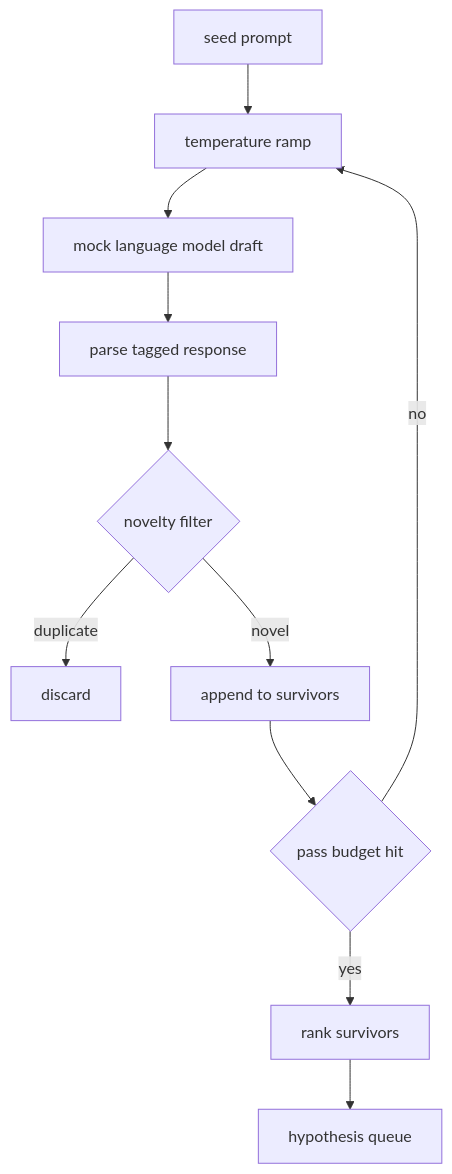
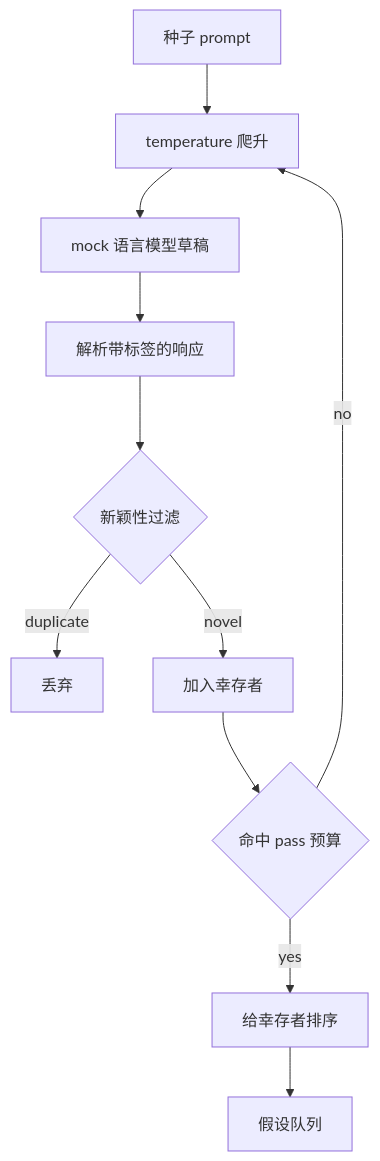
Before and after one commit to JerryC8080/ai-engineering-from-scratch-zh: the diagram in phases/19-capstone-projects/50-hypothesis-generator/docs/zh.md, drawn with Mermaid. The commit also changed 156 other files, not shown here.

First line of the commit message:
i18n(zh): translate mermaid diagram labels in 157 lesson zh.md

````diff
--- a/phases/19-capstone-projects/50-hypothesis-generator/docs/zh.md
+++ b/phases/19-capstone-projects/50-hypothesis-generator/docs/zh.md
@@ -48,13 +48,13 @@
 ```mermaid
 flowchart TD
-    A[seed prompt] --> B[temperature ramp]
-    B --> C[mock language model draft]
-    C --> D[parse tagged response]
-    D --> E{novelty filter}
-    E -- duplicate --> F[discard]
-    E -- novel --> G[append to survivors]
-    G --> H{pass budget hit}
+    A[种子 prompt] --> B[temperature 爬升]
+    B --> C[mock 语言模型草稿]
+    C --> D[解析带标签的响应]
+    D --> E{新颖性过滤}
+    E -- duplicate --> F[丢弃]
+    E -- novel --> G[加入幸存者]
+    G --> H{命中 pass 预算}
     H -- no --> B
-    H -- yes --> I[rank survivors]
-    I --> J[hypothesis queue]
+    H -- yes --> I[给幸存者排序]
+    I --> J[假设队列]
 ```
````
